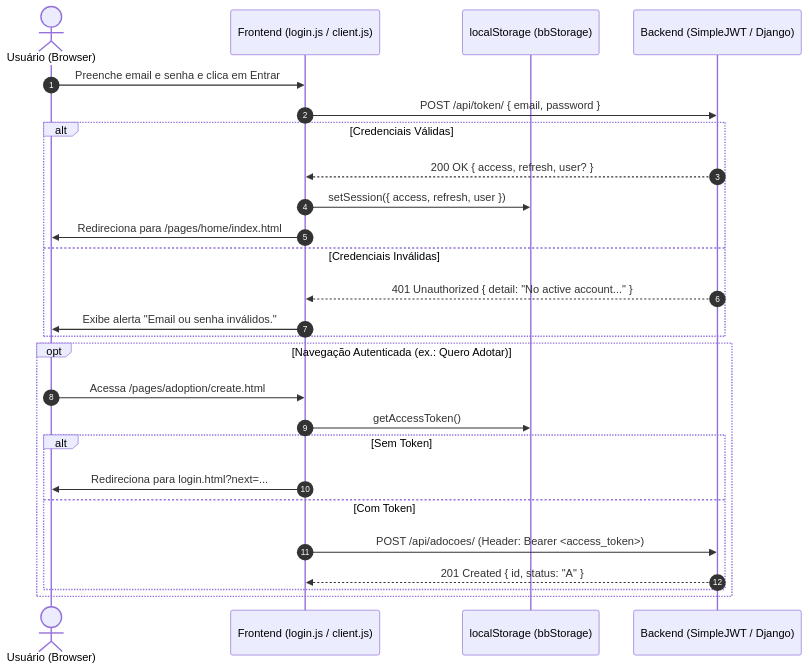
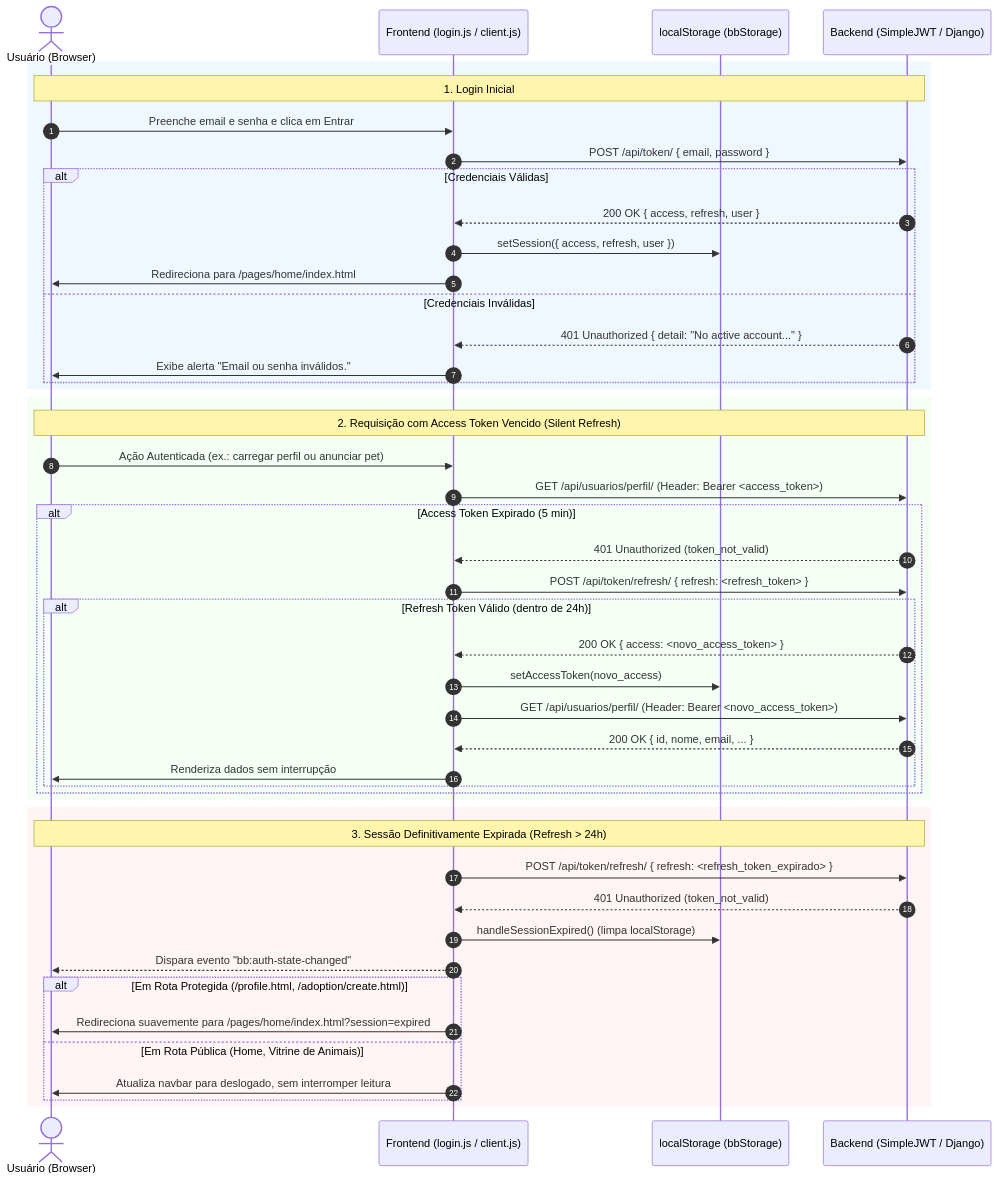
Before and after one commit to CristianDiniz/Best_Buddy: the diagram in vault/03 - Integração e Contratos/03 - Fluxo de Autenticação JWT.md, drawn with Mermaid. The commit also changed other lines of this file and 2 other files, not shown here.

Commit message:
docs(vault): update auth flow with silent refresh and graceful expiration

````diff
--- a/vault/03 - Integração e Contratos/03 - Fluxo de Autenticação JWT.md
+++ b/vault/03 - Integração e Contratos/03 - Fluxo de Autenticação JWT.md
@@ -6,30 +6,55 @@
 ```mermaid
 sequenceDiagram
     autonumber
     actor Usuario as Usuário (Browser)
     participant Front as Frontend (login.js / client.js)
     participant Storage as localStorage (bbStorage)
     participant Back as Backend (SimpleJWT / Django)
 
+    %% FLUXO DE LOGIN
+    rect rgb(240, 248, 255)
+    Note over Usuario, Back: 1. Login Inicial
     Usuario->>Front: Preenche email e senha e clica em Entrar
     Front->>Back: POST /api/token/ { email, password }
     alt Credenciais Válidas
-        Back-->>Front: 200 OK { access, refresh, user? }
+        Back-->>Front: 200 OK { access, refresh, user }
         Front->>Storage: setSession({ access, refresh, user })
         Front->>Usuario: Redireciona para /pages/home/index.html
     else Credenciais Inválidas
         Back-->>Front: 401 Unauthorized { detail: "No active account..." }
         Front->>Usuario: Exibe alerta "Email ou senha inválidos."
     end
+    end
 
-    opt Navegação Autenticada (ex.: Quero Adotar)
-        Usuario->>Front: Acessa /pages/adoption/create.html
-        Front->>Storage: getAccessToken()
-        alt Sem Token
-            Front->>Usuario: Redireciona para login.html?next=...
-        else Com Token
-            Front->>Back: POST /api/adocoes/ (Header: Bearer <access_token>)
-            Back-->>Front: 201 Created { id, status: "A" }
+    %% FLUXO NORMAL E SILENT REFRESH
+    rect rgb(245, 255, 245)
+    Note over Usuario, Back: 2. Requisição com Access Token Vencido (Silent Refresh)
+    Usuario->>Front: Ação Autenticada (ex.: carregar perfil ou anunciar pet)
+    Front->>Back: GET /api/usuarios/perfil/ (Header: Bearer <access_token>)
+    alt Access Token Expirado (5 min)
+        Back-->>Front: 401 Unauthorized (token_not_valid)
+        Front->>Back: POST /api/token/refresh/ { refresh: <refresh_token> }
+        alt Refresh Token Válido (dentro de 24h)
+            Back-->>Front: 200 OK { access: <novo_access_token> }
+            Front->>Storage: setAccessToken(novo_access)
+            Front->>Back: GET /api/usuarios/perfil/ (Header: Bearer <novo_access_token>)
+            Back-->>Front: 200 OK { id, nome, email, ... }
+            Front->>Usuario: Renderiza dados sem interrupção
         end
     end
+    end
+
+    %% SESSÃO DEFINITIVAMENTE EXPIRADA
+    rect rgb(255, 245, 245)
+    Note over Usuario, Back: 3. Sessão Definitivamente Expirada (Refresh > 24h)
+    Front->>Back: POST /api/token/refresh/ { refresh: <refresh_token_expirado> }
+    Back-->>Front: 401 Unauthorized (token_not_valid)
+    Front->>Storage: handleSessionExpired() (limpa localStorage)
+    Front-->>Usuario: Dispara evento "bb:auth-state-changed"
+    alt Em Rota Protegida (/profile.html, /adoption/create.html)
+        Front->>Usuario: Redireciona suavemente para /pages/home/index.html?session=expired
+    else Em Rota Pública (Home, Vitrine de Animais)
+        Front->>Usuario: Atualiza navbar para deslogado, sem interromper leitura
+    end
+    end
 ```
````
